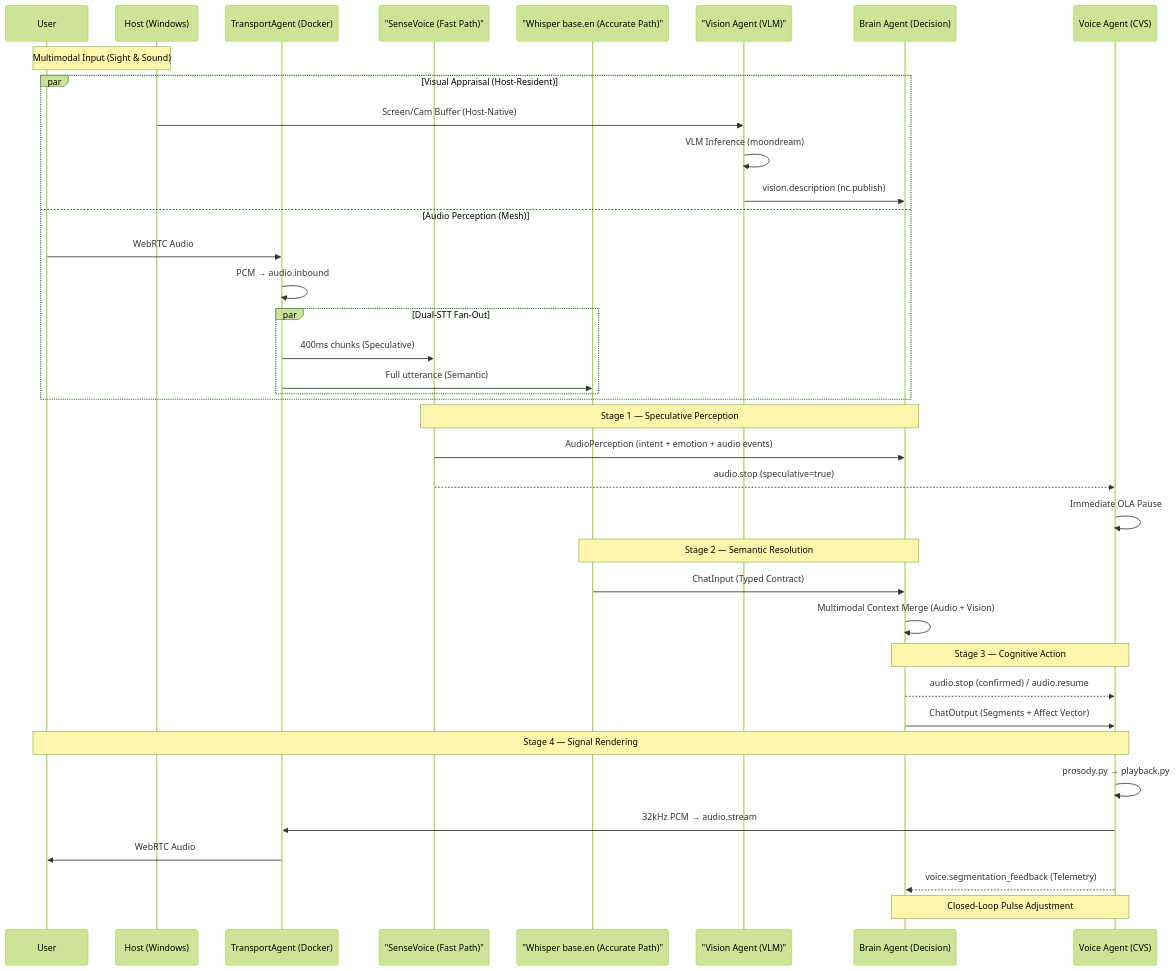
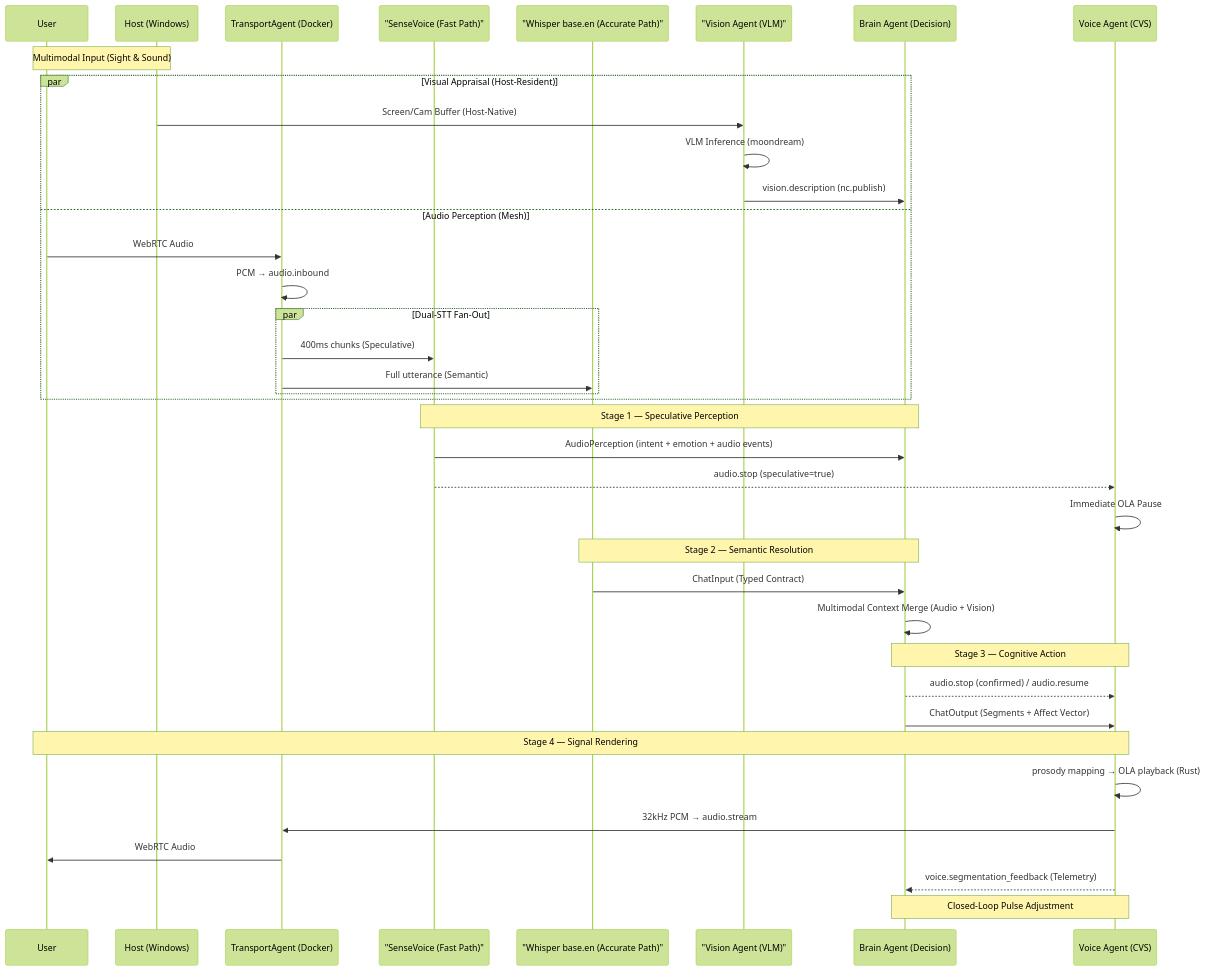
Before and after one commit to Aniket-a14/AI_friend: the second of 2 diagrams in README.md, drawn with Mermaid (forest theme). The commit also changed 9 other files, not shown here.

````diff
--- a/README.md
+++ b/README.md
@@ -189,45 +189,45 @@
 ```mermaid
 sequenceDiagram
     participant U as User
     participant H as Host (Windows)
     participant T as TransportAgent (Docker)
     participant WF as "SenseVoice (Fast Path)"
     participant W as "Whisper base.en (Accurate Path)"
     participant VA as "Vision Agent (VLM)"
     participant B as Brain Agent (Decision)
     participant V as Voice Agent (CVS)
 
     Note over U, H: Multimodal Input (Sight & Sound)
     par Visual Appraisal (Host-Resident)
         H->>VA: Screen/Cam Buffer (Host-Native)
         VA->>VA: VLM Inference (moondream)
         VA->>B: vision.description (nc.publish)
     and Audio Perception (Mesh)
         U->>T: WebRTC Audio
         T->>T: PCM → audio.inbound
         par Dual-STT Fan-Out
             T->>WF: 400ms chunks (Speculative)
             T->>W: Full utterance (Semantic)
         end
     end
 
     Note over WF, B: Stage 1 — Speculative Perception
     WF->>B: AudioPerception (intent + emotion + audio events)
     WF-->>V: audio.stop (speculative=true)
     V->>V: Immediate OLA Pause
 
     Note over W, B: Stage 2 — Semantic Resolution
     W->>B: ChatInput (Typed Contract)
     B->>B: Multimodal Context Merge (Audio + Vision)
 
     Note over B, V: Stage 3 — Cognitive Action
     B-->>V: audio.stop (confirmed) / audio.resume
     B->>V: ChatOutput (Segments + Affect Vector)
 
     Note over V, U: Stage 4 — Signal Rendering
-    V->>V: prosody.py → playback.py
+    V->>V: prosody mapping → OLA playback (Rust)
     V->>T: 32kHz PCM → audio.stream
     T->>U: WebRTC Audio
     V-->>B: voice.segmentation_feedback (Telemetry)
     Note over B,V: Closed-Loop Pulse Adjustment
 ```
````
